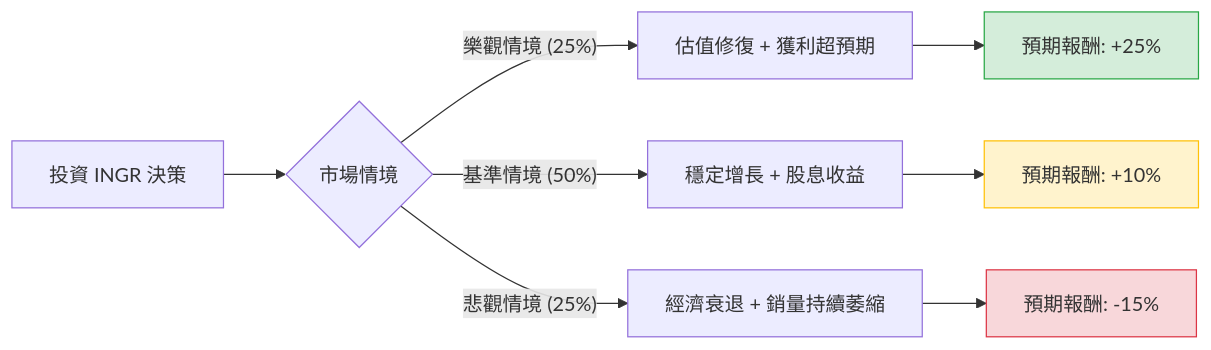
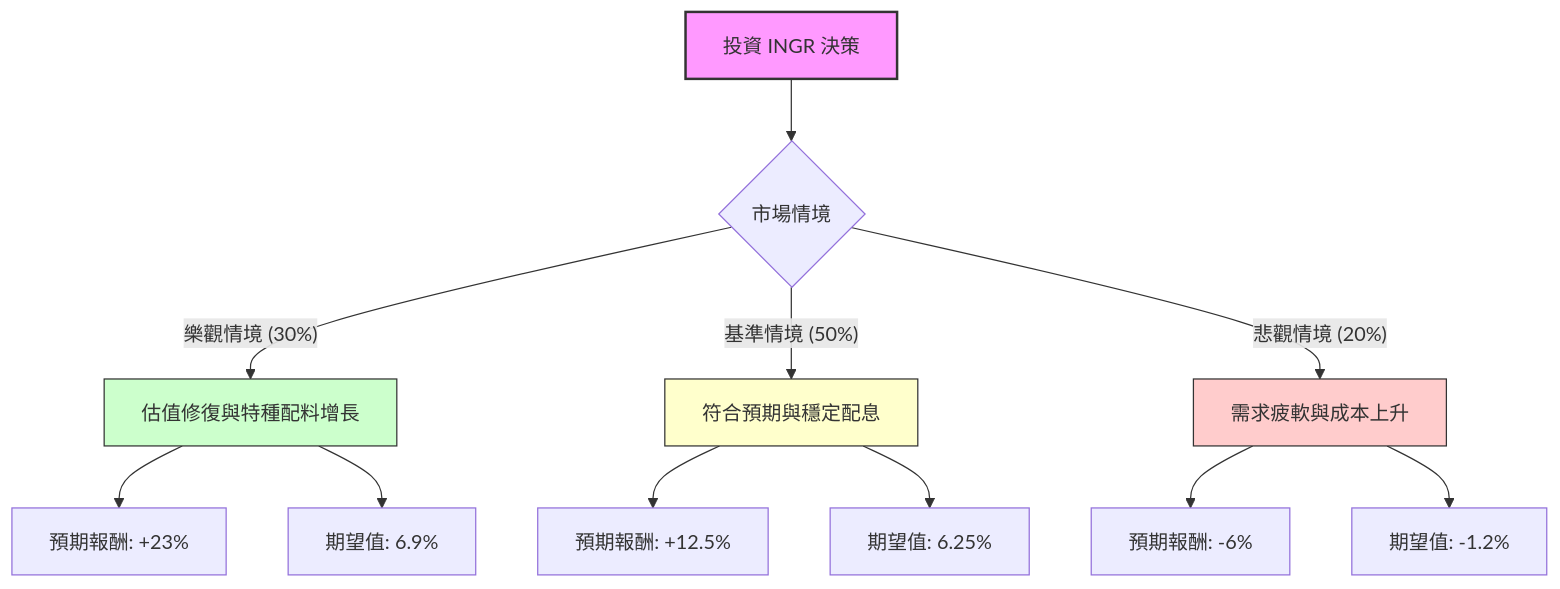
Before and after one commit to zmcx16/zmcx16.github.io: the diagram in plugin-react/ai-analysis/ev-analysis/INGR.md, drawn with Mermaid. The commit also changed other lines of this file and 75 other files, not shown here.

````diff
--- a/plugin-react/ai-analysis/ev-analysis/INGR.md
+++ b/plugin-react/ai-analysis/ev-analysis/INGR.md
@@ -26,16 +20,21 @@
 ```mermaid
-graph LR
+graph TD
     A[投資 INGR 決策] --> B{市場情境}
     
-    B -- 樂觀情境 (25%) --> C[估值修復 + 獲利超預期]
-    B -- 基準情境 (50%) --> D[穩定增長 + 股息收益]
-    B -- 悲觀情境 (25%) --> E[經濟衰退 + 銷量持續萎縮]
+    B -- 樂觀情境 (30%) --> C[估值修復與特種配料增長]
+    C --> C1[預期報酬: +23%]
+    C --> C2[期望值: 6.9%]
 
-    C --> C1[預期報酬: +25%]
-    D --> D1[預期報酬: +10%]
-    E --> E1[預期報酬: -15%]
+    B -- 基準情境 (50%) --> D[符合預期與穩定配息]
+    D --> D1[預期報酬: +12.5%]
+    D --> D2[期望值: 6.25%]
 
-    style C1 fill:#d4edda,stroke:#28a745
-    style D1 fill:#fff3cd,stroke:#ffc107
-    style E1 fill:#f8d7da,stroke:#dc3545
+    B -- 悲觀情境 (20%) --> E[需求疲軟與成本上升]
+    E --> E1[預期報酬: -6%]
+    E --> E2[期望值: -1.2%]
+
+    style A fill:#f9f,stroke:#333,stroke-width:2px
+    style C fill:#ccffcc,stroke:#333
+    style D fill:#ffffcc,stroke:#333
+    style E fill:#ffcccc,stroke:#333
 ```
````
